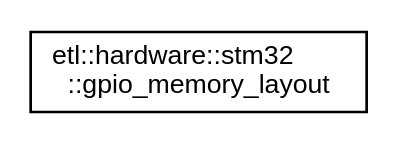
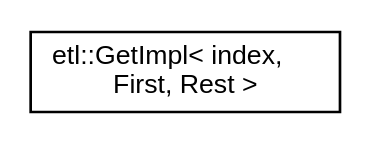
The diagram in inherit_graph_21.dot (tobanteAudio/taetl), drawn with Graphviz before and after one commit. The commit also changed 117 other files, not shown here.

```diff
--- a/inherit_graph_21.dot
+++ b/inherit_graph_21.dot
@@ -1,7 +1,7 @@
 digraph "Graphical Class Hierarchy"
 {
   edge [fontname="Helvetica",fontsize="10",labelfontname="Helvetica",labelfontsize="10"];
   node [fontname="Helvetica",fontsize="10",shape=record];
   rankdir="LR";
-  Node0 [label="etl::hardware::stm32\l::gpio_memory_layout",height=0.2,width=0.4,color="black", fillcolor="white", style="filled",URL="$structetl_1_1hardware_1_1stm32_1_1gpio__memory__layout.html"];
+  Node0 [label="etl::GetImpl\< index,\l First, Rest \>",height=0.2,width=0.4,color="black", fillcolor="white", style="filled",URL="$structetl_1_1GetImpl.html"];
 }
```
